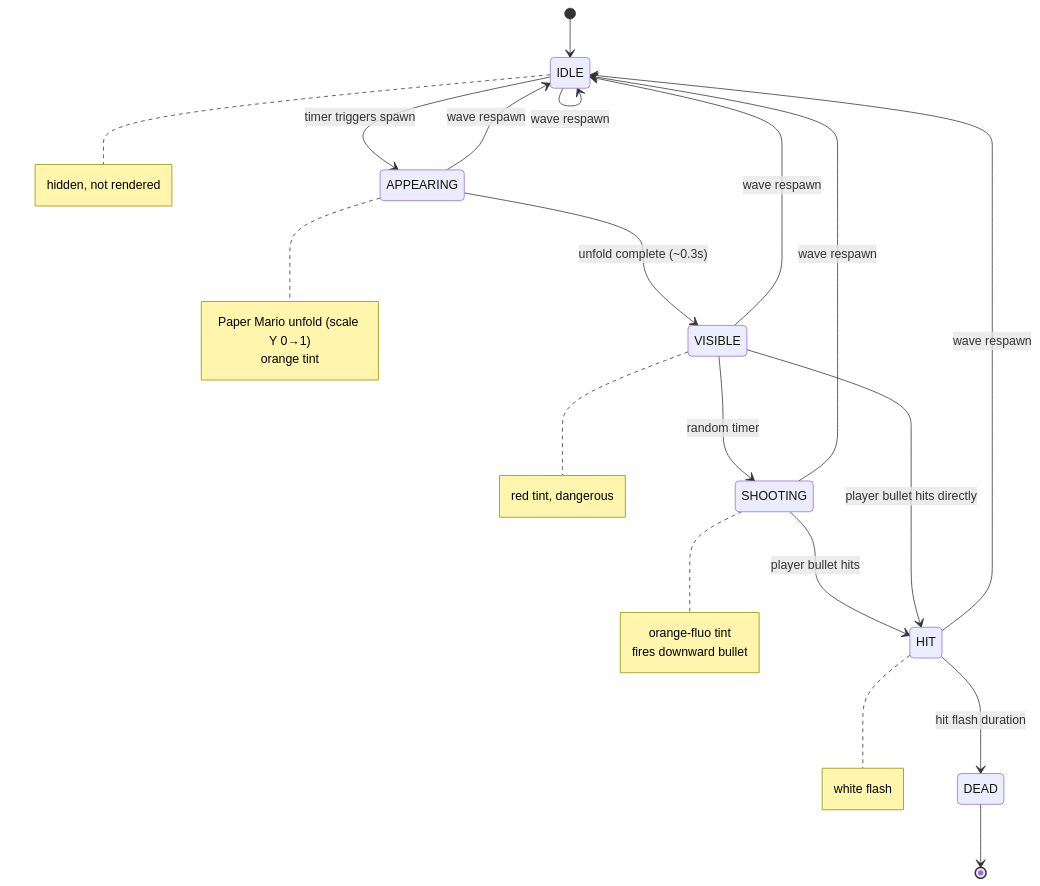
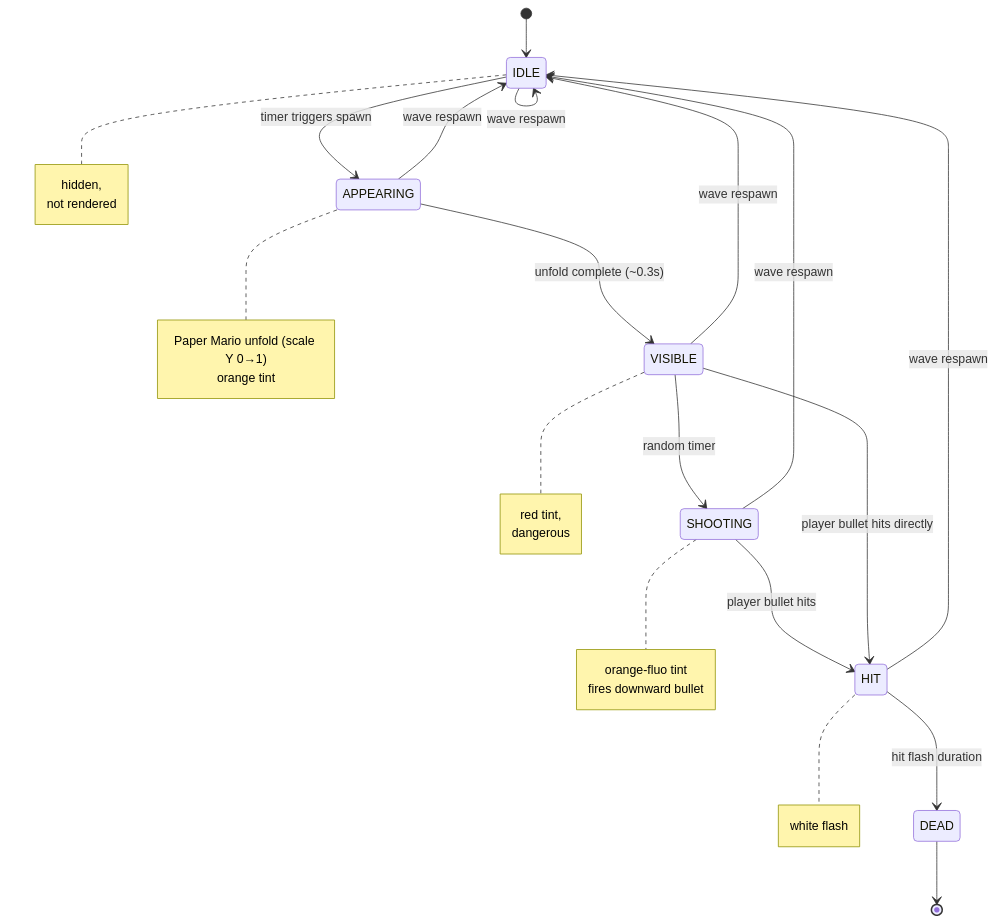
The diagram in docs/game-systems.md (bczy/prohimuf), drawn with Mermaid before and after one commit. The commit also changed other lines of this file and 263 other files, not shown here.

````diff
--- a/docs/game-systems.md
+++ b/docs/game-systems.md
@@ -46,36 +65,38 @@
 ```mermaid
 stateDiagram-v2
     [*] --> IDLE
 
     IDLE --> APPEARING : timer triggers spawn
     APPEARING --> VISIBLE : unfold complete (~0.3s)
     VISIBLE --> SHOOTING : random timer
     SHOOTING --> HIT : player bullet hits
     VISIBLE --> HIT : player bullet hits directly
     HIT --> DEAD : hit flash duration
     DEAD --> [*]
 
     IDLE --> IDLE : wave respawn
     APPEARING --> IDLE : wave respawn
     VISIBLE --> IDLE : wave respawn
     SHOOTING --> IDLE : wave respawn
     HIT --> IDLE : wave respawn
 
     note right of IDLE
-        hidden, not rendered
+        hidden,
+ not rendered
     end note
     note right of APPEARING
         Paper Mario unfold (scale Y 0→1)
         orange tint
     end note
     note right of VISIBLE
-        red tint, dangerous
+        red tint,
+ dangerous
     end note
     note right of SHOOTING
         orange-fluo tint
         fires downward bullet
     end note
     note right of HIT
         white flash
     end note
 ```
````
